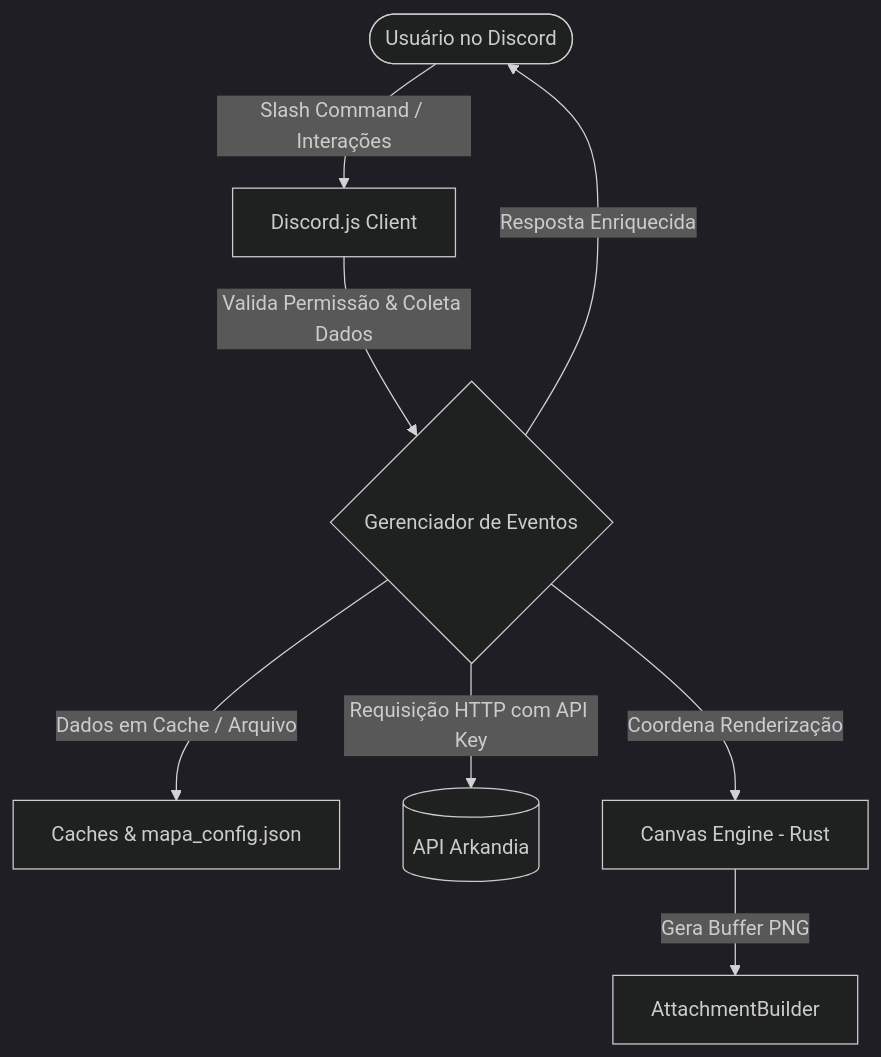
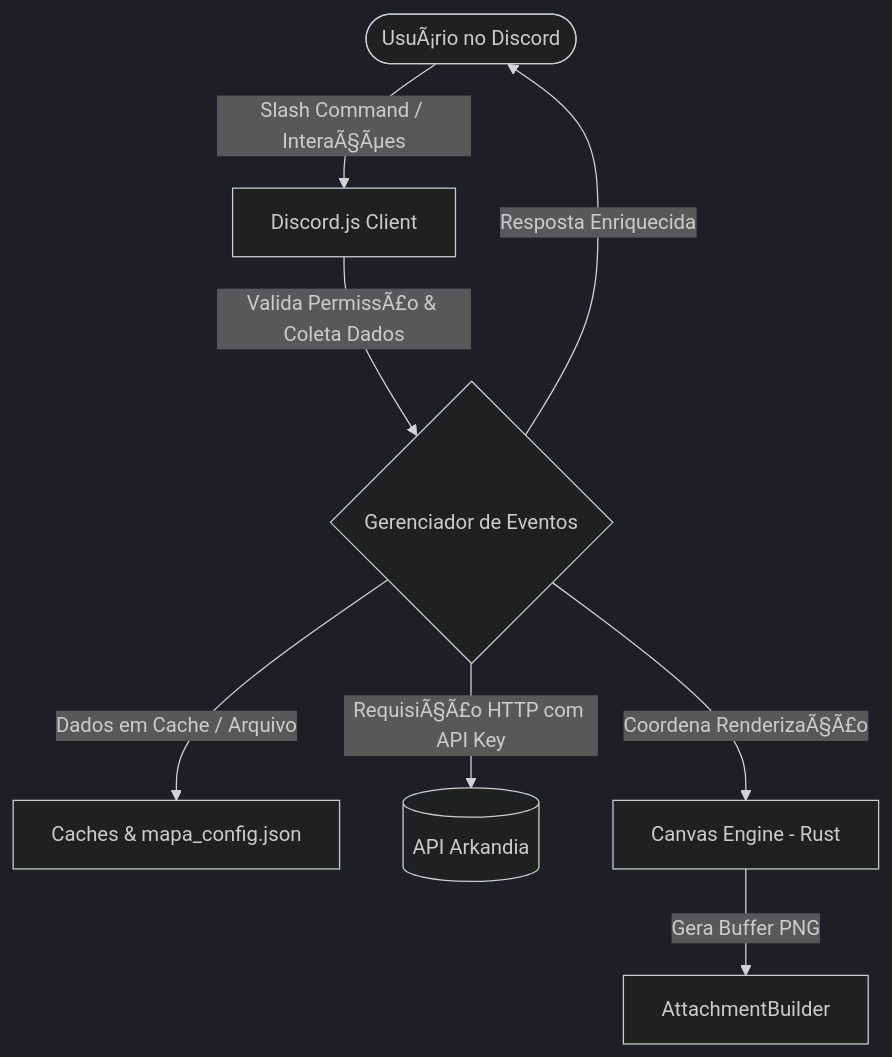
Before and after one commit to Unetus/bot-ernas: the diagram in DEV_DOCUMENTATION.md, drawn with Mermaid (dark theme). The commit also changed other lines of this file and 3 other files, not shown here.

````diff
--- a/DEV_DOCUMENTATION.md
+++ b/DEV_DOCUMENTATION.md
@@ -25,13 +25,13 @@
 ```mermaid
 graph TD
-    User([Usuário no Discord]) -->|Slash Command / Interações| Client[Discord.js Client]
-    Client -->|Valida Permissão & Coleta Dados| Controller{Gerenciador de Eventos}
+    User([UsuÃ¡rio no Discord]) -->|Slash Command / InteraÃ§Ãµes| Client[Discord.js Client]
+    Client -->|Valida PermissÃ£o & Coleta Dados| Controller{Gerenciador de Eventos}
     
     Controller -->|Dados em Cache / Arquivo| LocalState[Caches & mapa_config.json]
-    Controller -->|Requisição HTTP com API Key| API[(API Arkandia)]
+    Controller -->|RequisiÃ§Ã£o HTTP com API Key| API[(API Arkandia)]
     
-    Controller -->|Coordena Renderização| Canvas[Canvas Engine - Rust]
+    Controller -->|Coordena RenderizaÃ§Ã£o| Canvas[Canvas Engine - Rust]
     Canvas -->|Gera Buffer PNG| Attachment[AttachmentBuilder]
     
     Controller -->|Resposta Enriquecida| User
 ```
````
